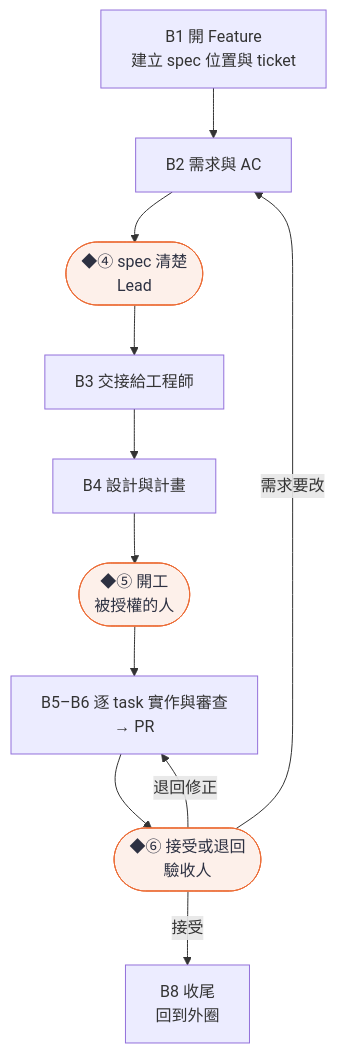
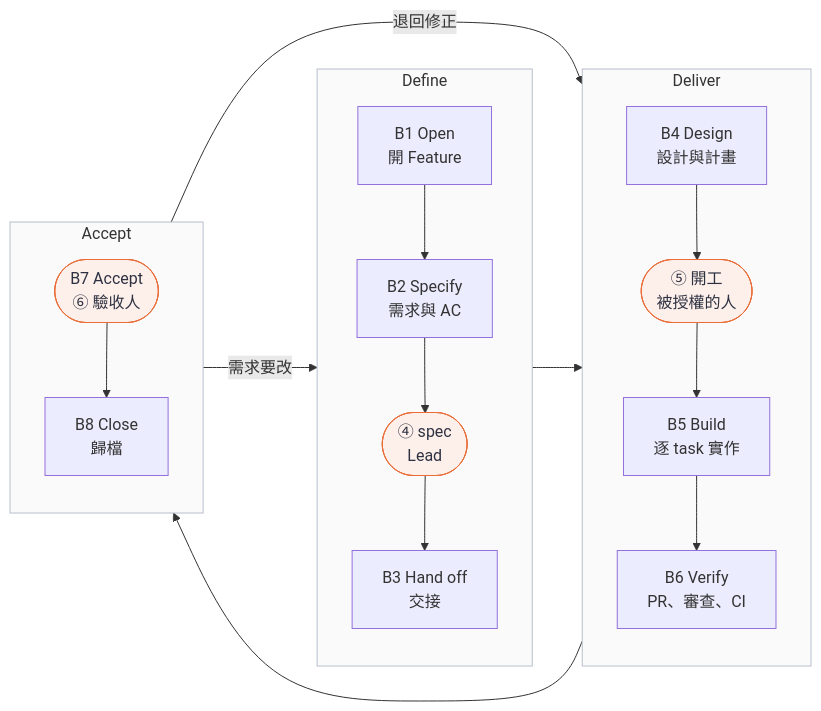
The third of 3 diagrams in docs/guide/user-guide.md (ellis429/loop-engineering), drawn with Mermaid before and after one commit. The commit also changed other lines of this file, not shown here.

````diff
--- a/docs/guide/user-guide.md
+++ b/docs/guide/user-guide.md
@@ -184,15 +183,24 @@
 ```mermaid
-flowchart TB
-  B1["B1 開 Feature<br/>建立 spec 位置與 ticket"] --> B2["B2 需求與 AC"]
-  B2 --> G4(["◆④ spec 清楚<br/>Lead"])
-  G4 --> B3["B3 交接給工程師"]
-  B3 --> B4["B4 設計與計畫"]
-  B4 --> G5(["◆⑤ 開工<br/>被授權的人"])
-  G5 --> B56["B5–B6 逐 task 實作與審查<br/>→ PR"]
-  B56 --> G6(["◆⑥ 接受或退回<br/>驗收人"])
-  G6 -->|退回修正| B56
+flowchart LR
+  subgraph SDEF["Define"]
+    direction TB
+    B1["B1 Open<br/>開 Feature"] --> B2["B2 Specify<br/>需求與 AC"] --> G4(["④ spec<br/>Lead"]) --> B3["B3 Hand off<br/>交接"]
+  end
+  subgraph SDEL["Deliver"]
+    direction TB
+    B4["B4 Design<br/>設計與計畫"] --> G5(["⑤ 開工<br/>被授權的人"]) --> B5["B5 Build<br/>逐 task 實作"] --> B6["B6 Verify<br/>PR、審查、CI"]
+  end
+  subgraph SACC["Accept"]
+    direction TB
+    G6(["B7 Accept<br/>⑥ 驗收人"]) --> B8["B8 Close<br/>歸檔"]
+  end
+  B3 --> B4
+  B6 --> G6
+  G6 -->|退回修正| B5
   G6 -->|需求要改| B2
-  G6 -->|接受| B8["B8 收尾<br/>回到外圈"]
   classDef gate fill:#fdf0ea,stroke:#eb6c36,color:#2d3142
   class G4,G5,G6 gate
+  style SDEF fill:#fafafa,stroke:#b8bfcc
+  style SDEL fill:#fafafa,stroke:#b8bfcc
+  style SACC fill:#fafafa,stroke:#b8bfcc
 ```
````
